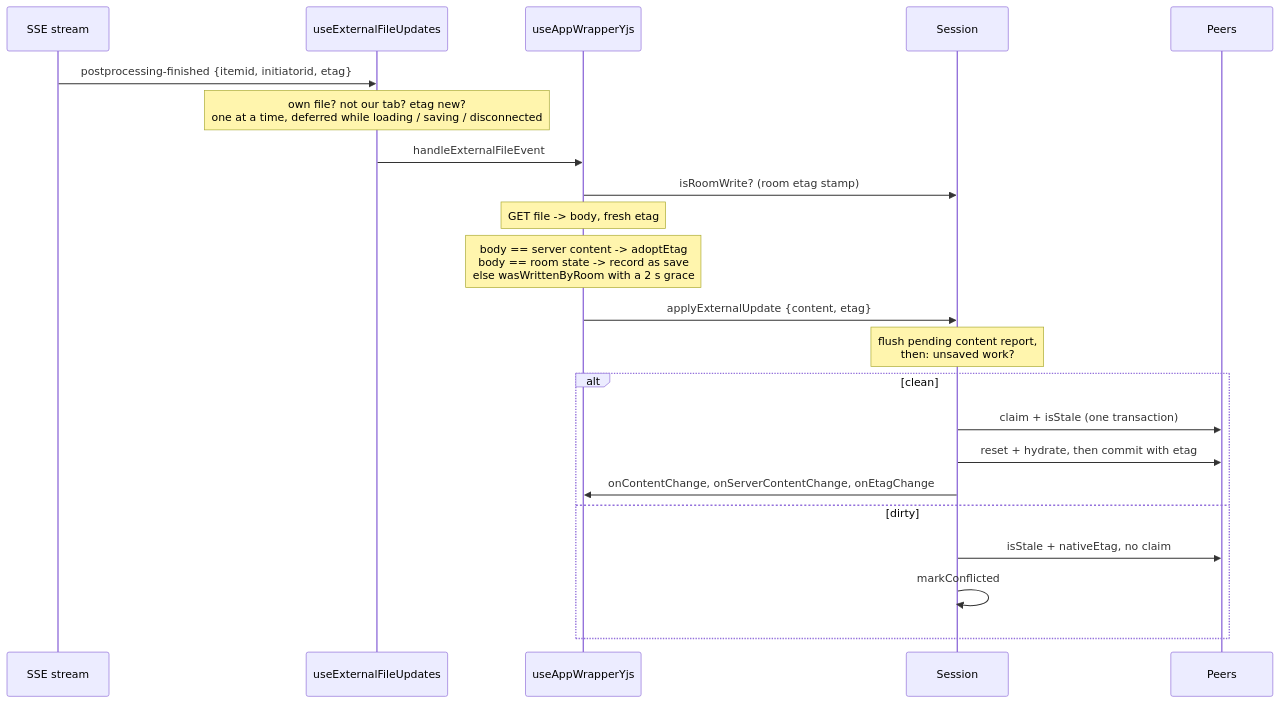
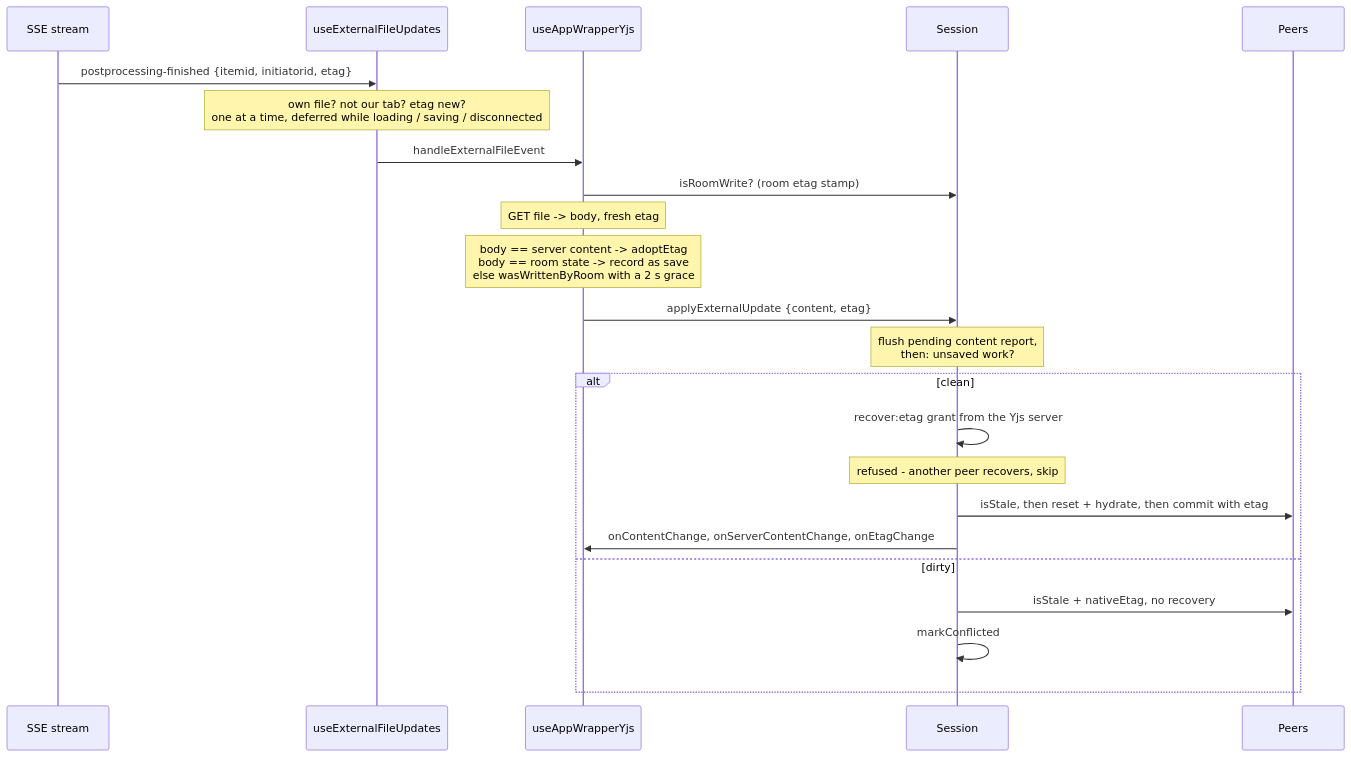
The sixth of 7 diagrams in dev/docs/yjs.md (opencloud-eu/web), drawn with Mermaid before and after one commit. The commit also changed other lines of this file and 8 other files, not shown here.

First line of the commit message:
fix(yjs): let the server grant stale recovery to one client

````diff
--- a/dev/docs/yjs.md
+++ b/dev/docs/yjs.md
@@ -345,25 +349,26 @@
 ```mermaid
 sequenceDiagram
     participant SSE as SSE stream
     participant EU as useExternalFileUpdates
     participant AW as useAppWrapperYjs
     participant S as Session
     participant P as Peers
 
     SSE->>EU: postprocessing-finished {itemid, initiatorid, etag}
     Note over EU: own file? not our tab? etag new?<br/>one at a time, deferred while loading / saving / disconnected
     EU->>AW: handleExternalFileEvent
     AW->>S: isRoomWrite? (room etag stamp)
     Note over AW: GET file -> body, fresh etag
     Note over AW: body == server content -> adoptEtag<br/>body == room state -> record as save<br/>else wasWrittenByRoom with a 2 s grace
     AW->>S: applyExternalUpdate {content, etag}
     Note over S: flush pending content report,<br/>then: unsaved work?
     alt clean
-        S->>P: claim + isStale (one transaction)
-        S->>P: reset + hydrate, then commit with etag
+        S->>S: recover:etag grant from the Yjs server
+        Note over S: refused - another peer recovers, skip
+        S->>P: isStale, then reset + hydrate, then commit with etag
         S->>AW: onContentChange, onServerContentChange, onEtagChange
     else dirty
-        S->>P: isStale + nativeEtag, no claim
+        S->>P: isStale + nativeEtag, no recovery
         S->>S: markConflicted
     end
 ```
````
